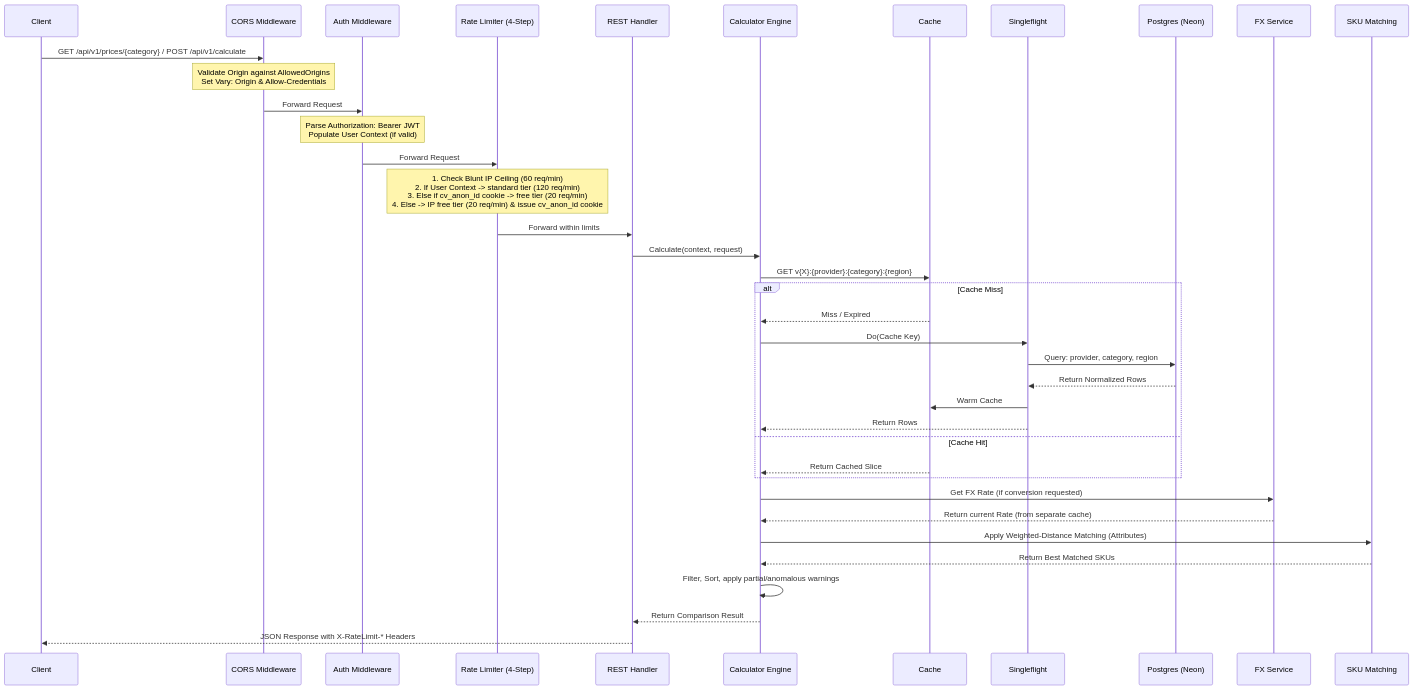
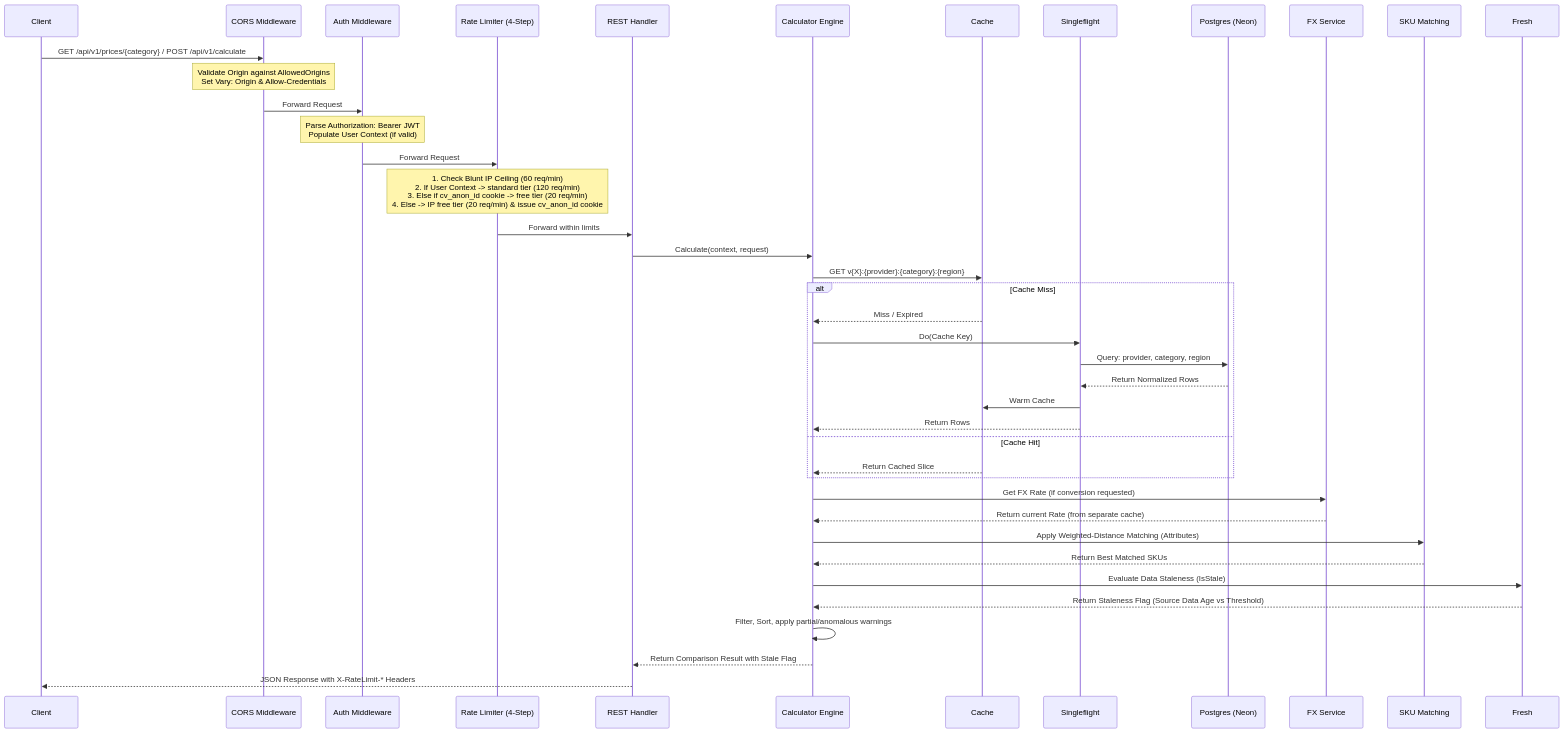
Before and after one commit to thatengineerguy21/cloudvitta: the first of 2 diagrams in docs/diagrams/04-calculator-request-lifecycle.md, drawn with Mermaid. The commit also changed other lines of this file and 28 other files, not shown here.

````diff
--- a/docs/diagrams/04-calculator-request-lifecycle.md
+++ b/docs/diagrams/04-calculator-request-lifecycle.md
@@ -7,52 +7,55 @@
 ```mermaid
 sequenceDiagram
     participant Client
     participant CORS as CORS Middleware
     participant AuthMW as Auth Middleware
     participant RateLimit as Rate Limiter (4-Step)
     participant HTTP as REST Handler
     participant Calc as Calculator Engine
     participant Redis as Cache
     participant SF as Singleflight
     participant DB as Postgres (Neon)
     participant FX as FX Service
     participant Match as SKU Matching
 
     Client->>CORS: GET /api/v1/prices/{category} / POST /api/v1/calculate
     Note over CORS: Validate Origin against AllowedOrigins<br/>Set Vary: Origin & Allow-Credentials
     
     CORS->>AuthMW: Forward Request
     Note over AuthMW: Parse Authorization: Bearer JWT<br/>Populate User Context (if valid)
     
     AuthMW->>RateLimit: Forward Request
     Note over RateLimit: 1. Check Blunt IP Ceiling (60 req/min)<br/>2. If User Context -> standard tier (120 req/min)<br/>3. Else if cv_anon_id cookie -> free tier (20 req/min)<br/>4. Else -> IP free tier (20 req/min) & issue cv_anon_id cookie
     
     RateLimit->>HTTP: Forward within limits
     HTTP->>Calc: Calculate(context, request)
     
     %% Caching and DB Access
     Calc->>Redis: GET v{X}:{provider}:{category}:{region}
     
     alt Cache Miss
         Redis-->>Calc: Miss / Expired
         Calc->>SF: Do(Cache Key)
         SF->>DB: Query: provider, category, region
         DB-->>SF: Return Normalized Rows
         SF->>Redis: Warm Cache
         SF-->>Calc: Return Rows
     else Cache Hit
         Redis-->>Calc: Return Cached Slice
     end
 
     %% Processing
     Calc->>FX: Get FX Rate (if conversion requested)
     FX-->>Calc: Return current Rate (from separate cache)
     
     Calc->>Match: Apply Weighted-Distance Matching (Attributes)
     Match-->>Calc: Return Best Matched SKUs
     
+    Calc->>Fresh: Evaluate Data Staleness (IsStale)
+    Fresh-->>Calc: Return Staleness Flag (Source Data Age vs Threshold)
+
     Calc->>Calc: Filter, Sort, apply partial/anomalous warnings
     
-    Calc-->>HTTP: Return Comparison Result
+    Calc-->>HTTP: Return Comparison Result with Stale Flag
     HTTP-->>Client: JSON Response with X-RateLimit-* Headers
 ```
````
